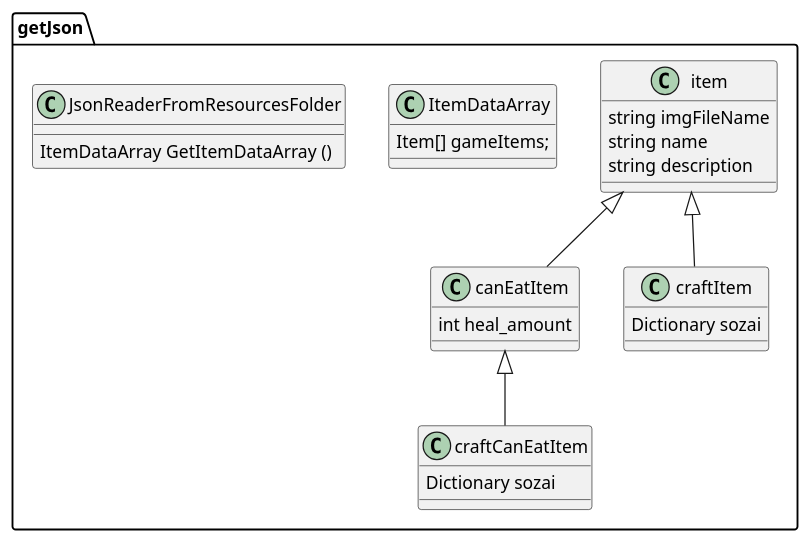
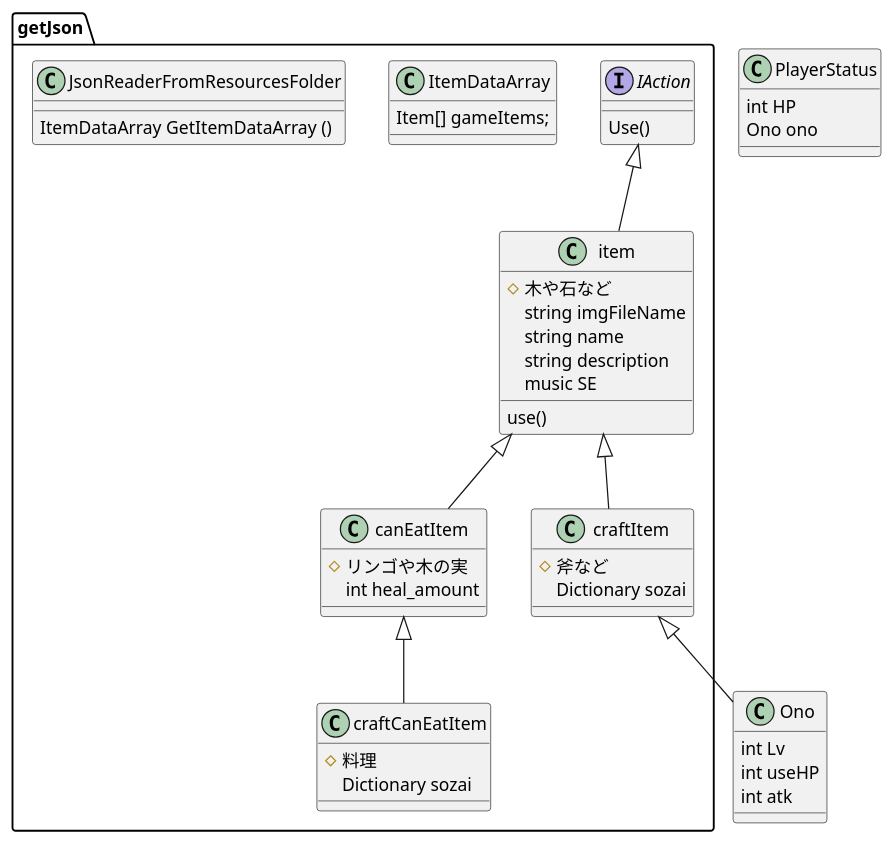
The diagram in クラス図/item.pu (shimayuki01/unitychan-s_forest_sekkei), drawn with PlantUML before and after one commit. The commit also changed other lines of this file and 1 other file, not shown here.

Commit message:
斧のクラス図の追加

```diff
--- a/クラス図/item.pu
+++ b/クラス図/item.pu
@@ -1,35 +1,61 @@
 Folder getJson{
 
+interface IAction{
+    Use()
+}
+
 class item{
+    #木や石など
     string imgFileName
     string name
     string description
+    music SE
+    use()
 
 }   
 class canEatItem{
+    #リンゴや木の実
     int heal_amount
 }
 
 class craftItem{
+    #斧など
     Dictionary sozai
 }
 
 class craftCanEatItem{
+    #料理
     Dictionary sozai
 }
 class ItemDataArray
 {
   Item[] gameItems;
 }
 
 class JsonReaderFromResourcesFolder
 {
    ItemDataArray GetItemDataArray ()
 }
 
 
 }
 
+class Ono{
+    int Lv
+    int useHP
+    int atk
+
+}
+
+
+item --u|> IAction
 item <|-- craftItem
 item <|-- canEatItem
 canEatItem <|-- craftCanEatItem
+craftItem <|-- Ono
+
+
+class PlayerStatus{
+    int HP
+    Ono ono
+}
```
